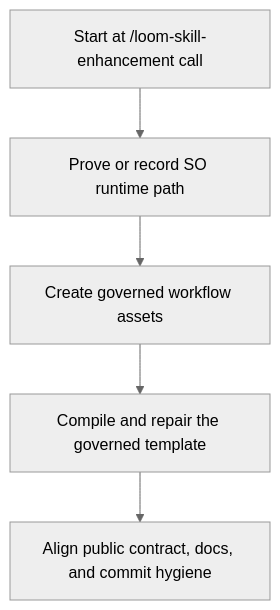
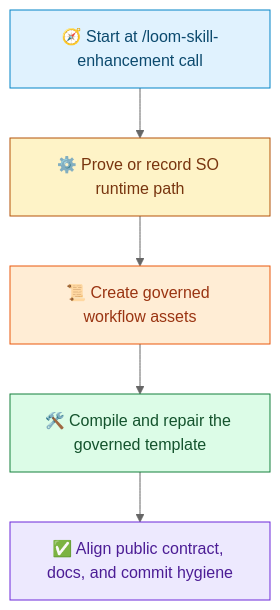
Before and after one commit to waynebaby/Techne-Loom: the second of 2 diagrams in demos/loom-enhanced-research/2.1 Enhance from Ungovernaced/Readme.md, drawn with Mermaid (neutral theme). The commit also changed other lines of this file and 19 other files, not shown here.

Commit message:
Standardize Mermaid accessibility across docs

````diff
--- a/demos/loom-enhanced-research/2.1 Enhance from Ungovernaced/Readme.md
+++ b/demos/loom-enhanced-research/2.1 Enhance from Ungovernaced/Readme.md
@@ -52,7 +54,19 @@
 ```mermaid
 flowchart TD
-    A[Start at /loom-skill-enhancement call] --> B[Prove or record SO runtime path]
-    B --> C[Create governed workflow assets]
-    C --> D[Compile and repair the governed template]
-    D --> E[Align public contract, docs, and commit hygiene]
+    A[🧭 Start at /loom-skill-enhancement call] --> B[⚙️ Prove or record SO runtime path]
+    B --> C[📜 Create governed workflow assets]
+    C --> D[🛠️ Compile and repair the governed template]
+    D --> E[✅ Align public contract, docs, and commit hygiene]
+
+    classDef blue fill:#E0F2FE,stroke:#0284C7,color:#0C4A6E;
+    classDef yellow fill:#FEF3C7,stroke:#B45309,color:#78350F;
+    classDef orange fill:#FFEDD5,stroke:#EA580C,color:#9A3412;
+    classDef green fill:#DCFCE7,stroke:#15803D,color:#14532D;
+    classDef purple fill:#EDE9FE,stroke:#6D28D9,color:#4C1D95;
+
+    class A blue;
+    class B yellow;
+    class C orange;
+    class D green;
+    class E purple;
 ```
````
